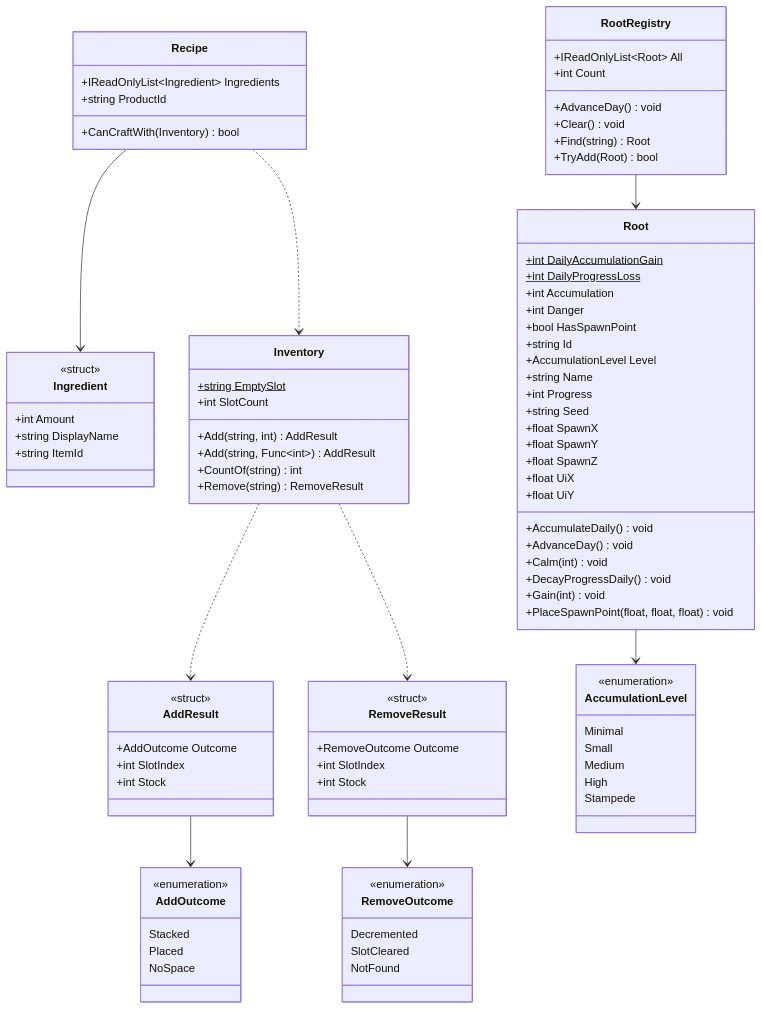
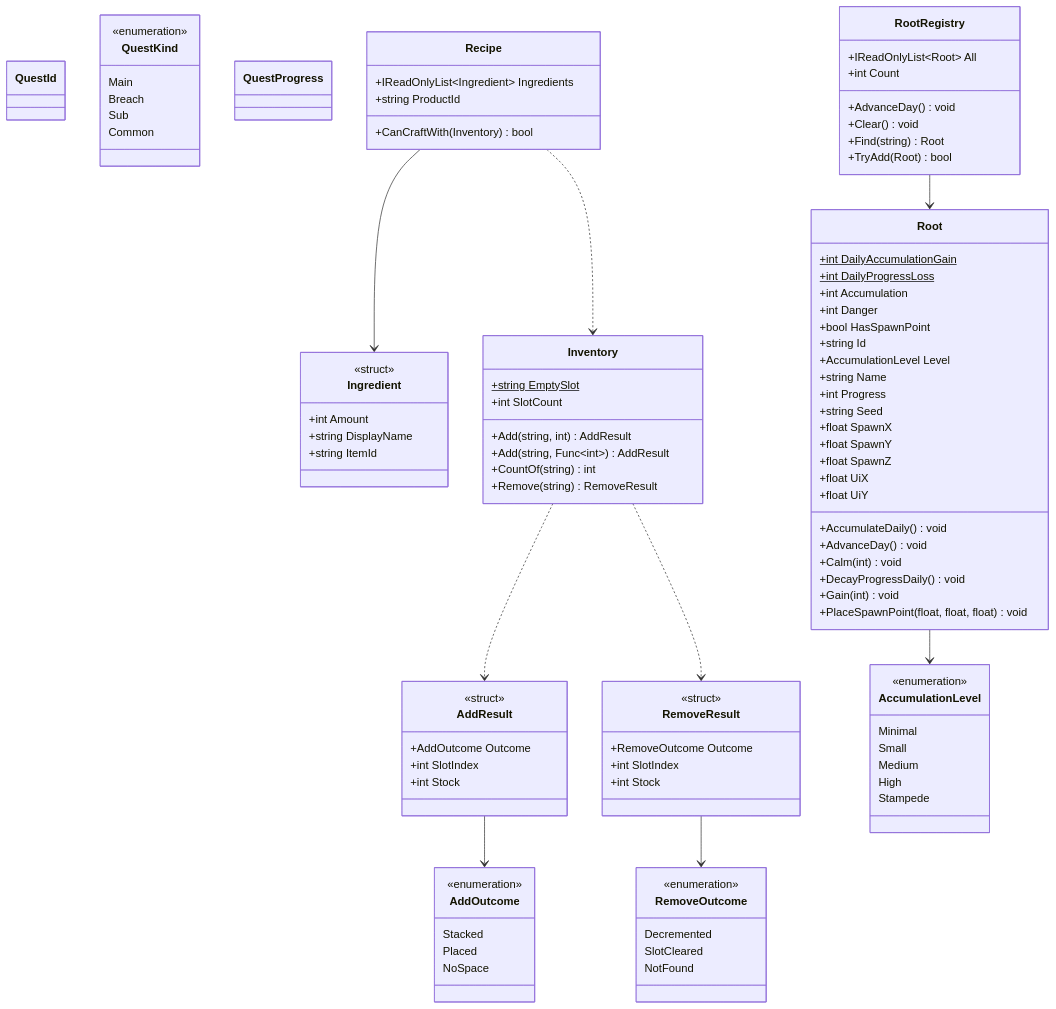
The diagram in docs/domain-class-diagram.md (hukahirame/memorial-frontland), drawn with Mermaid before and after one commit. The commit also changed 13 other files, not shown here.

```diff
--- a/docs/domain-class-diagram.md
+++ b/docs/domain-class-diagram.md
@@ -37,6 +37,17 @@
         +Add(string, Func~int~) AddResult
         +CountOf(string) int
         +Remove(string) RemoveResult
+    }
+    class QuestId {
+    }
+    class QuestKind {
+        <<enumeration>>
+        Main
+        Breach
+        Sub
+        Common
+    }
+    class QuestProgress {
     }
     class Recipe {
         +IReadOnlyList~Ingredient~ Ingredients
```
